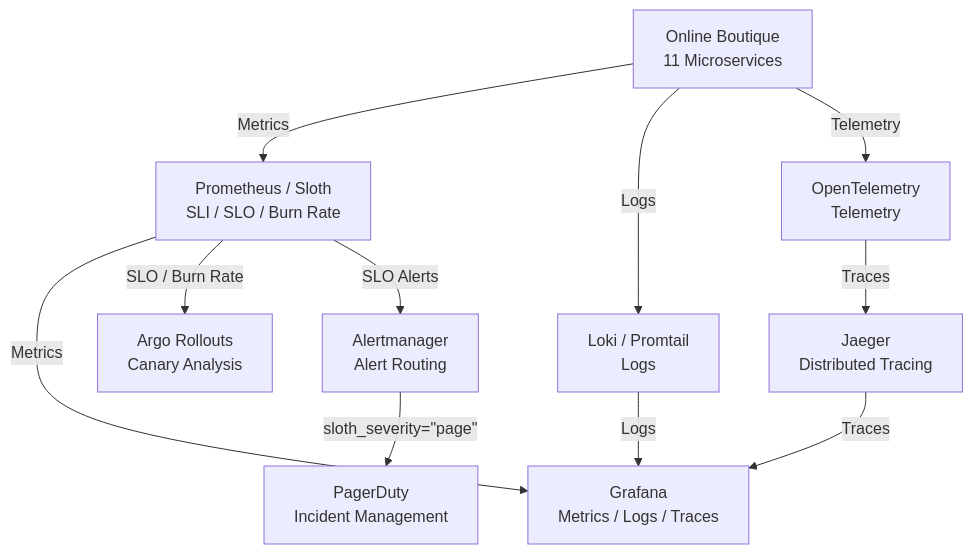
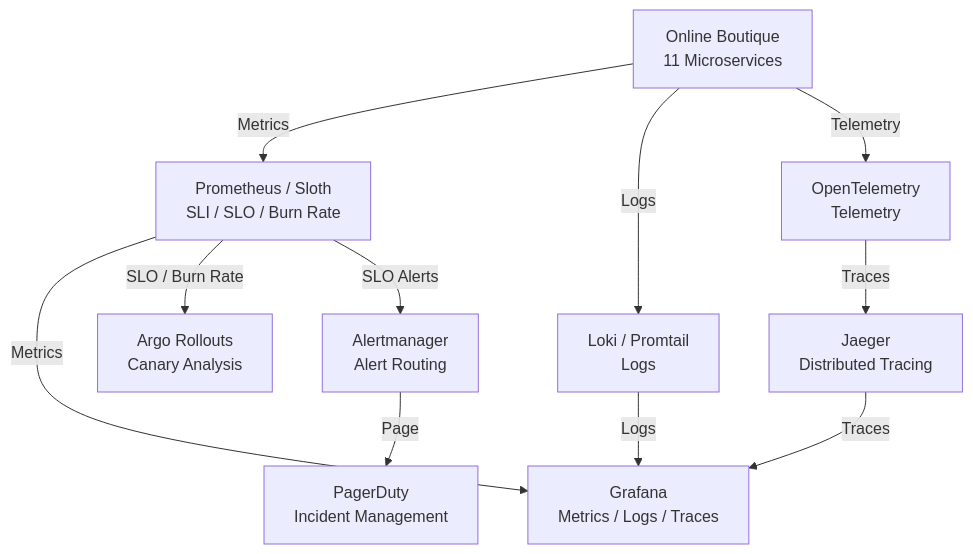
One commit to ryuichimatsuyama/eks-sre-platform changed the third of 3 diagrams in README.md. Above: the diagram before and after it, drawn with Mermaid.

Commit message:
Unable to render rich display
Parse error on line 29:
...-->|sloth_severity="page"| PD
-----------------------^
Expecting 'SQE', 'DOUBLECIRCLEEND', 'PE', '-)', 'STADIUMEND', 'SUBROUTINEEND', 'PIPE', 'CYLINDEREND', 'DIAMOND_STOP', 'TAGEND', 'TRAPEND', 'INVTRAPEND', 'UNICODE_TEXT', 'TEXT', 'TAGSTART', got 'STR'

````diff
--- a/README.md
+++ b/README.md
@@ -91,31 +91,31 @@
 ```mermaid
 flowchart TB
 
     APP["Online Boutique<br/>11 Microservices"]
 
     PROM["Prometheus / Sloth<br/>SLI / SLO / Burn Rate"]
     LOKI["Loki / Promtail<br/>Logs"]
     OTEL["OpenTelemetry<br/>Telemetry"]
     JAEGER["Jaeger<br/>Distributed Tracing"]
     GRAFANA["Grafana<br/>Metrics / Logs / Traces"]
 
     ALERT["Alertmanager<br/>Alert Routing"]
     PD["PagerDuty<br/>Incident Management"]
 
     ROLLOUTS["Argo Rollouts<br/>Canary Analysis"]
 
     APP -->|Metrics| PROM
     APP -->|Logs| LOKI
     APP -->|Telemetry| OTEL
 
     PROM -->|Metrics| GRAFANA
     LOKI -->|Logs| GRAFANA
 
     OTEL -->|Traces| JAEGER
     JAEGER -->|Traces| GRAFANA
 
     PROM -->|SLO / Burn Rate| ROLLOUTS
 
     PROM -->|SLO Alerts| ALERT
-    ALERT -->|sloth_severity=&quot;page&quot;| PD
+    ALERT -->|Page| PD
 ```
````
